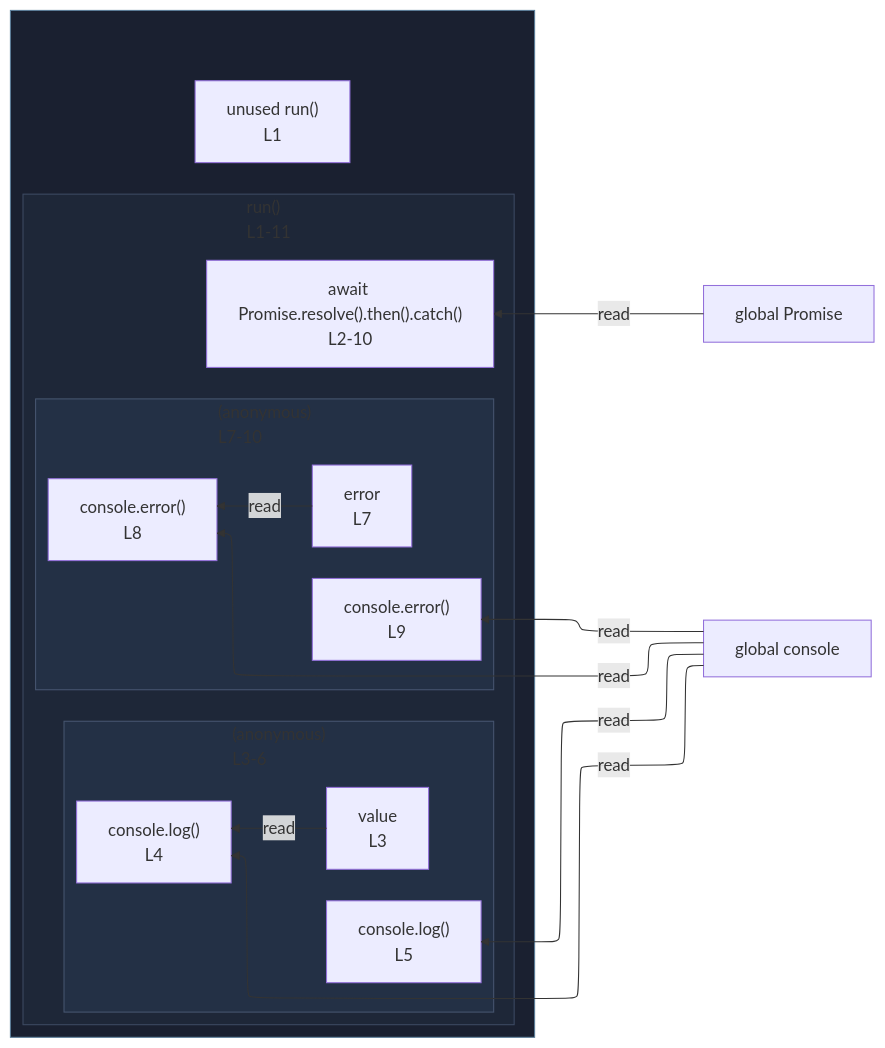
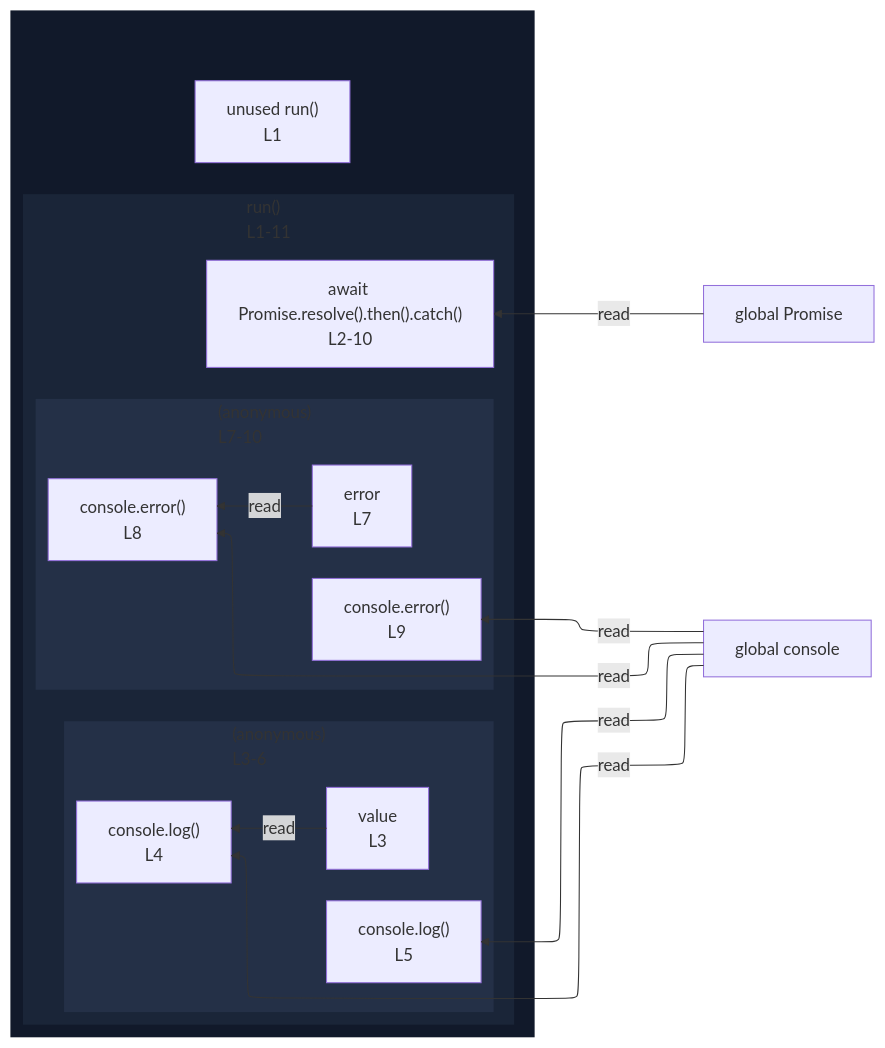
The diagram in integration/fixtures/expression-statement/awaited-then-catch/preview.md (crescware/unsnarl), drawn with Mermaid before and after one commit. The commit also changed 263 other files, not shown here.

First line of the commit message:
Drop fnWrap class and color function wrappers via the nest palette

````diff
--- a/integration/fixtures/expression-statement/awaited-then-catch/preview.md
+++ b/integration/fixtures/expression-statement/awaited-then-catch/preview.md
@@ -21,40 +21,40 @@
 ```mermaid
 %%{init: {"flowchart": {"defaultRenderer": "elk"}}}%%
 flowchart RL
   n_scope_0_Promise_53["global Promise"]
   n_scope_0_console_100["global console"]
   subgraph wrap_s_scope_1[" "]
     direction TB
     n_scope_0_run_22["unused run()<br/>L1"]
     subgraph s_scope_1["run()<br/>L1-11"]
       direction RL
       expr_stmt_47["await Promise.resolve().then().catch()<br/>L2-10"]
       subgraph s_scope_2["(anonymous)<br/>L3-6"]
         direction RL
         n_scope_2_value_82["value<br/>L3"]
         expr_stmt_100["console.log()<br/>L4"]
         expr_stmt_142["console.log()<br/>L5"]
       end
       subgraph s_scope_3["(anonymous)<br/>L7-10"]
         direction RL
         n_scope_3_error_202["error<br/>L7"]
         expr_stmt_220["console.error()<br/>L8"]
         expr_stmt_265["console.error()<br/>L9"]
       end
     end
   end
   n_scope_0_Promise_53 -->|read| expr_stmt_47
   n_scope_0_console_100 -->|read| expr_stmt_100
   n_scope_2_value_82 -->|read| expr_stmt_100
   n_scope_0_console_100 -->|read| expr_stmt_142
   n_scope_0_console_100 -->|read| expr_stmt_220
   n_scope_3_error_202 -->|read| expr_stmt_220
   n_scope_0_console_100 -->|read| expr_stmt_265
-  classDef fnWrap fill:#1a2030,stroke:#5a7d99;
-  class wrap_s_scope_1 fnWrap;
-  classDef nestL1 fill:#1e2738,stroke:#3d4a63;
-  class s_scope_1 nestL1;
-  classDef nestL2 fill:#233045,stroke:#475670;
-  class s_scope_2 nestL2;
-  class s_scope_3 nestL2;
+  classDef nestL1 fill:#11192a,stroke:transparent;
+  class wrap_s_scope_1 nestL1;
+  classDef nestL2 fill:#1a2538,stroke:transparent;
+  class s_scope_1 nestL2;
+  classDef nestL3 fill:#243047,stroke:transparent;
+  class s_scope_2 nestL3;
+  class s_scope_3 nestL3;
 ```
````
